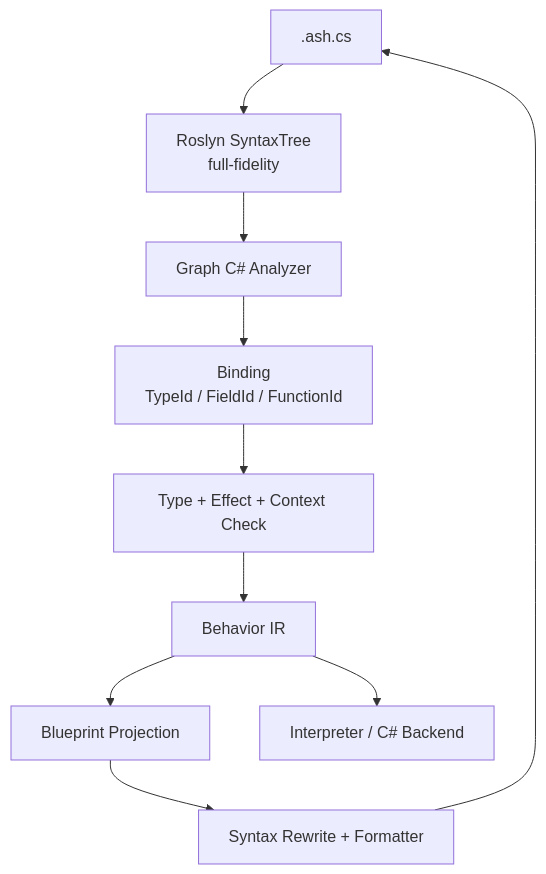
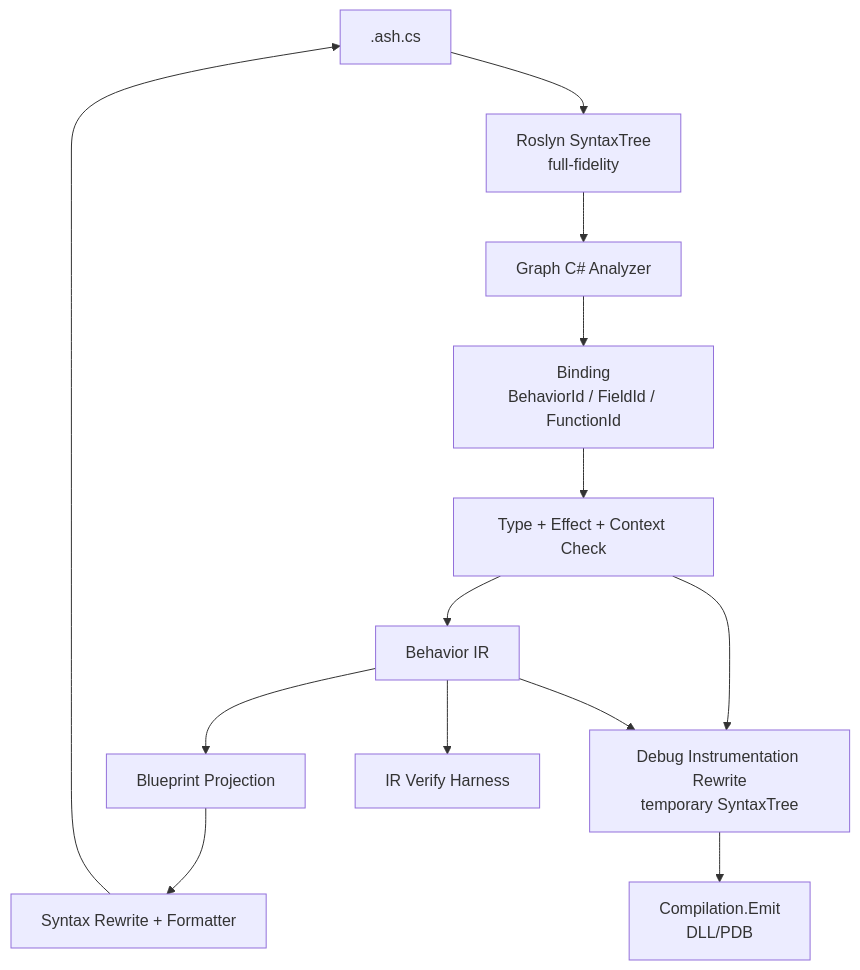
Before and after one commit to 66six11/EngineScriptLab: the diagram in graph-csharp-blueprint.md, drawn with Mermaid. The commit also changed other lines of this file and 29 other files, not shown here.

````diff
--- a/graph-csharp-blueprint.md
+++ b/graph-csharp-blueprint.md
@@ -208,17 +270,21 @@
 ```mermaid
 flowchart TD
     Source[".ash.cs"]
     Roslyn["Roslyn SyntaxTree<br/>full-fidelity"]
     Analyzer["Graph C# Analyzer"]
-    Binder["Binding<br/>TypeId / FieldId / FunctionId"]
+    Binder["Binding<br/>BehaviorId / FieldId / FunctionId"]
     Check["Type + Effect + Context Check"]
     IR["Behavior IR"]
     Graph["Blueprint Projection"]
     Rewrite["Syntax Rewrite + Formatter"]
-    Runtime["Interpreter / C# Backend"]
+    Instrument["Debug Instrumentation Rewrite<br/>temporary SyntaxTree"]
+    Runtime["Compilation.Emit<br/>DLL/PDB"]
+    Verifier["IR Verify Harness"]
 
     Source --> Roslyn --> Analyzer --> Binder --> Check --> IR
+    Check --> Instrument --> Runtime
     IR --> Graph
+    IR --> Instrument
+    IR --> Verifier
     Graph --> Rewrite --> Source
-    IR --> Runtime
 ```
````
